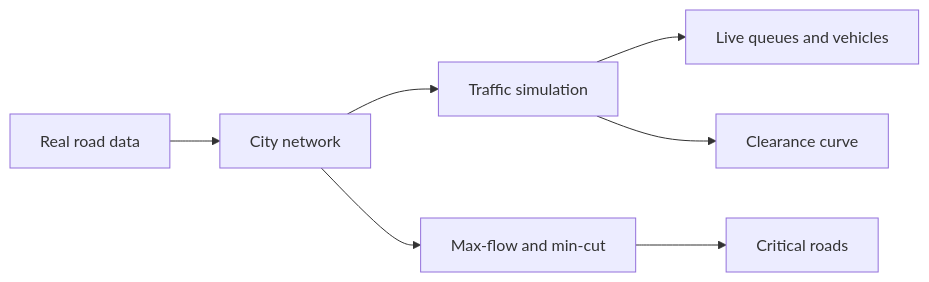
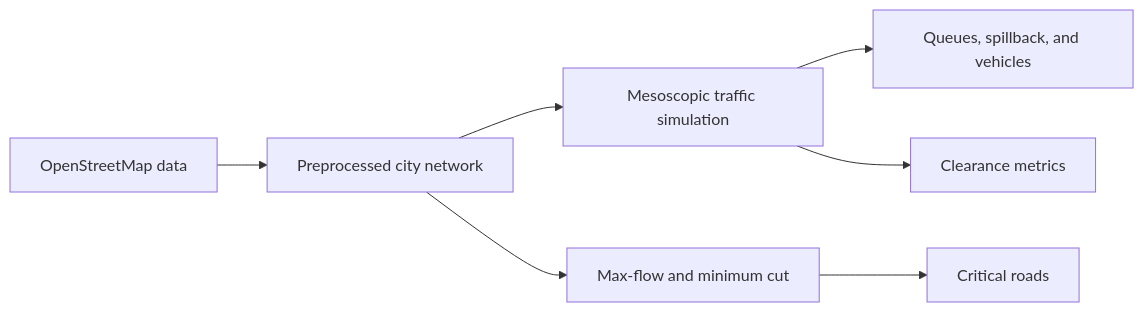
The diagram in README.md (roman-postnov/bottleneck), drawn with Mermaid before and after one commit. The commit also changed other lines of this file, not shown here.

```diff
--- a/README.md
+++ b/README.md
@@ -79,9 +69,9 @@
 ~~~mermaid
 flowchart LR
-  A[Real road data] --> B[City network]
-  B --> C[Traffic simulation]
-  C --> D[Live queues and vehicles]
-  C --> E[Clearance curve]
-  B --> F[Max-flow and min-cut]
-  F --> G[Critical roads]
+  A[OpenStreetMap data] --> B[Preprocessed city network]
+  B --> C[Mesoscopic traffic simulation]
+  B --> D[Max-flow and minimum cut]
+  C --> E[Queues, spillback, and vehicles]
+  C --> F[Clearance metrics]
+  D --> G[Critical roads]
 ~~~
```
